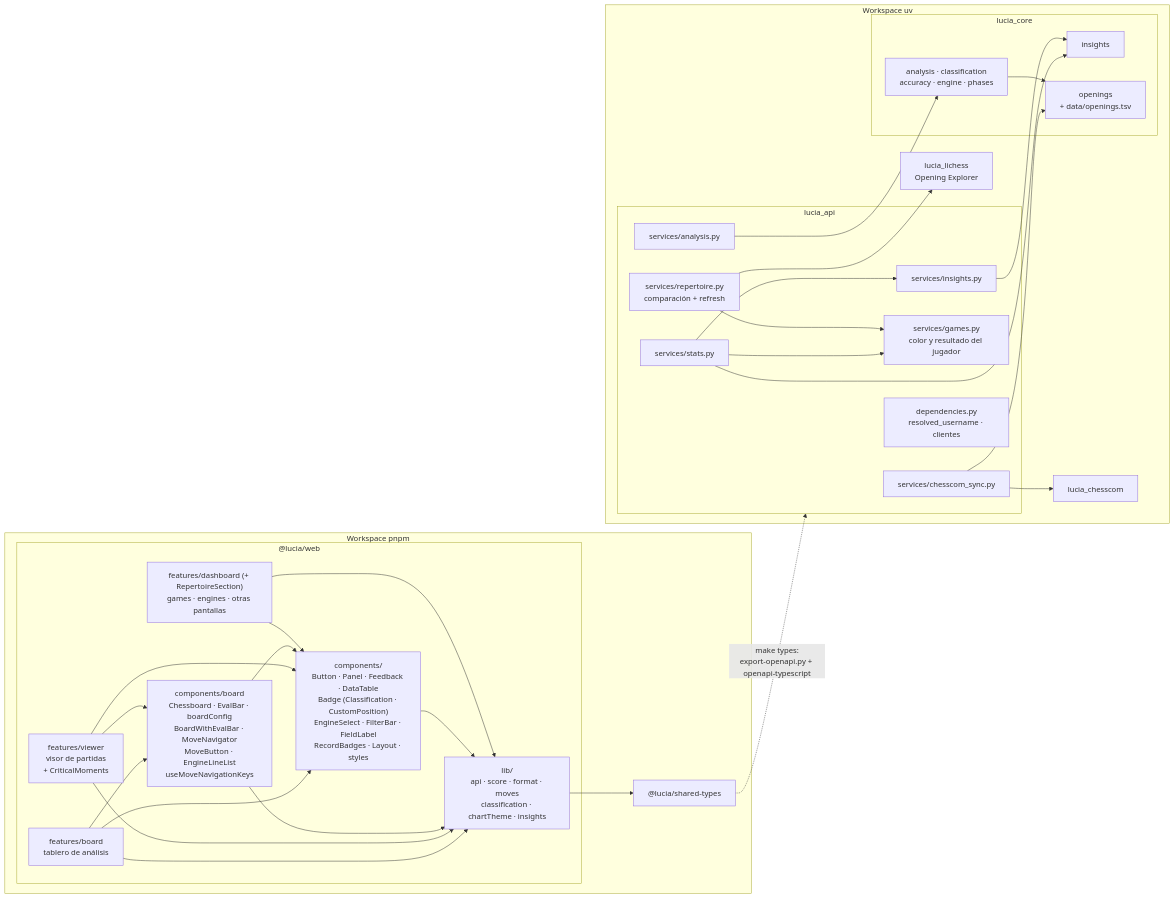
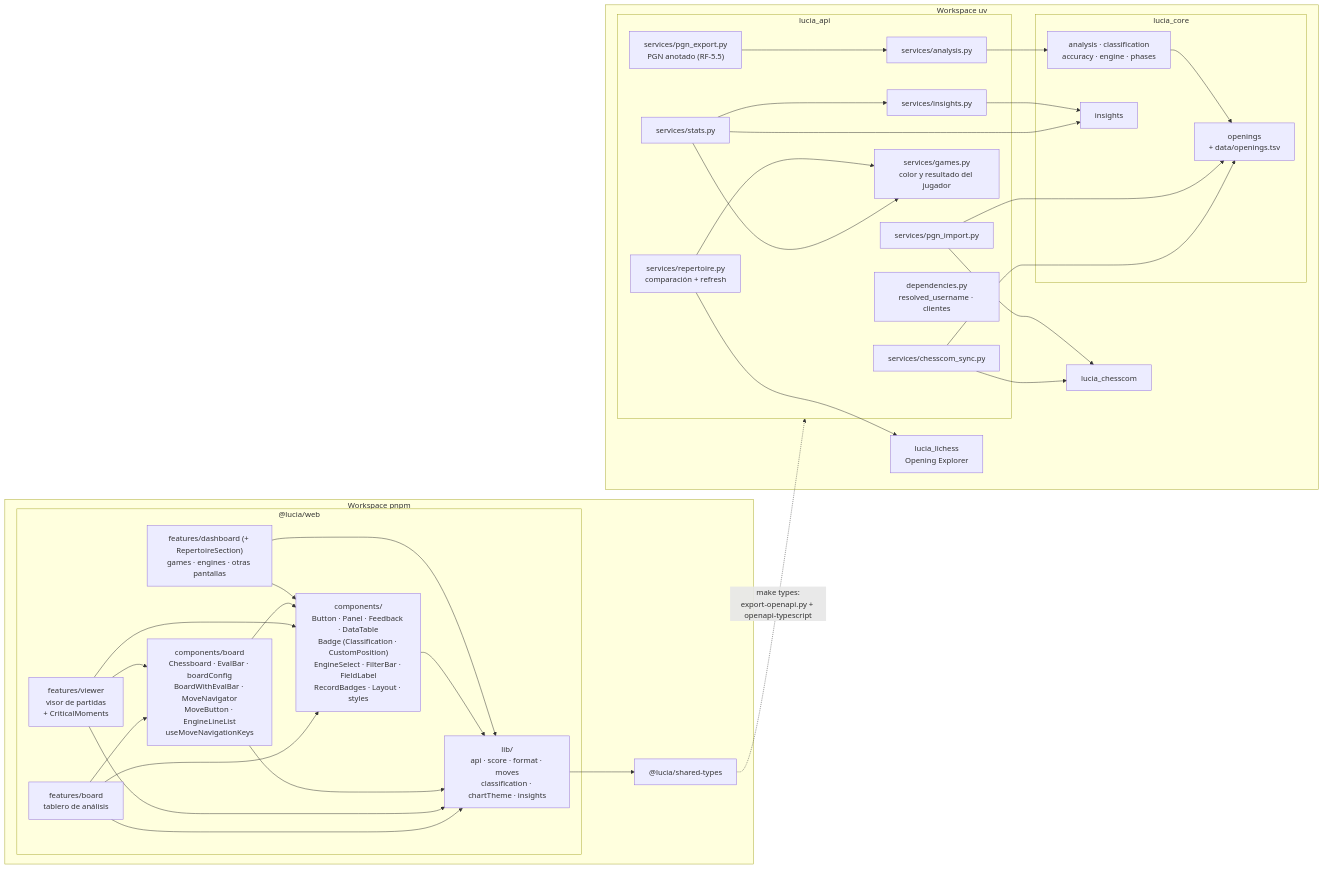
Before and after one commit to SirJsus/LUCIA: the second of 11 diagrams in docs/06-mapa-del-proyecto.md, drawn with Mermaid. The commit also changed other lines of this file and 40 other files, not shown here.

````diff
--- a/docs/06-mapa-del-proyecto.md
+++ b/docs/06-mapa-del-proyecto.md
@@ -86,57 +96,62 @@
 ```mermaid
 graph LR
     subgraph JS["Workspace pnpm"]
         subgraph WEB["@lucia/web"]
             board["features/board<br/>tablero de análisis"]
             viewer["features/viewer<br/>visor de partidas<br/>+ CriticalMoments"]
             screens["features/dashboard (+ RepertoireSection)<br/>games · engines · otras pantallas"]
             boardui["components/board<br/>Chessboard · EvalBar · boardConfig<br/>BoardWithEvalBar · MoveNavigator<br/>MoveButton · EngineLineList<br/>useMoveNavigationKeys"]
             ui["components/<br/>Button · Panel · Feedback · DataTable<br/>Badge (Classification · CustomPosition)<br/>EngineSelect · FilterBar · FieldLabel<br/>RecordBadges · Layout · styles"]
             lib["lib/<br/>api · score · format · moves<br/>classification · chartTheme · insights"]
         end
         types["@lucia/shared-types"]
     end
 
     subgraph PY["Workspace uv"]
         subgraph API["lucia_api"]
             api_sync["services/chesscom_sync.py"]
+            api_pgn["services/pgn_import.py"]
             api_analysis["services/analysis.py"]
+            api_pgn_export["services/pgn_export.py<br/>PGN anotado (RF-5.5)"]
             api_stats["services/stats.py"]
             api_games["services/games.py<br/>color y resultado del jugador"]
             api_insights["services/insights.py"]
             api_repertoire["services/repertoire.py<br/>comparación + refresh"]
             api_deps["dependencies.py<br/>resolved_username · clientes"]
         end
         subgraph CORE["lucia_core"]
             core_analysis["analysis · classification<br/>accuracy · engine · phases"]
             core_insights["insights"]
             core_openings["openings<br/>+ data/openings.tsv"]
         end
         chesscom["lucia_chesscom"]
         lichess["lucia_lichess<br/>Opening Explorer"]
     end
 
     board --> boardui
     viewer --> boardui
     board --> ui
     viewer --> ui
     boardui --> ui
     screens --> ui
     board --> lib
     viewer --> lib
     boardui --> lib
     ui --> lib
     screens --> lib
     lib --> types
     api_sync --> chesscom
     api_sync --> core_openings
+    api_pgn --> chesscom
+    api_pgn --> core_openings
     api_analysis --> core_analysis
+    api_pgn_export --> api_analysis
     core_analysis --> core_openings
     api_stats --> api_games
     api_stats --> api_insights
     api_stats --> core_insights
     api_insights --> core_insights
     api_repertoire --> api_games
     api_repertoire --> lichess
     types -. "make types:<br/>export-openapi.py + openapi-typescript" .-> API
 ```
````
